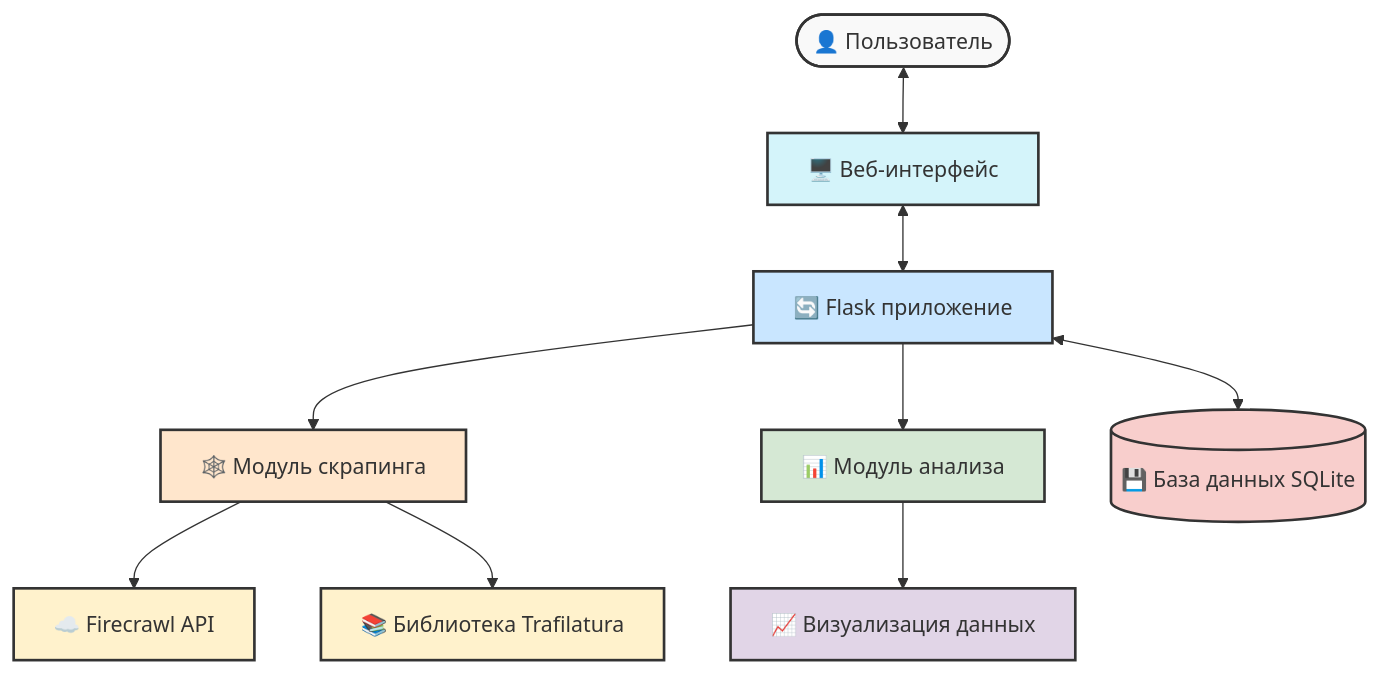
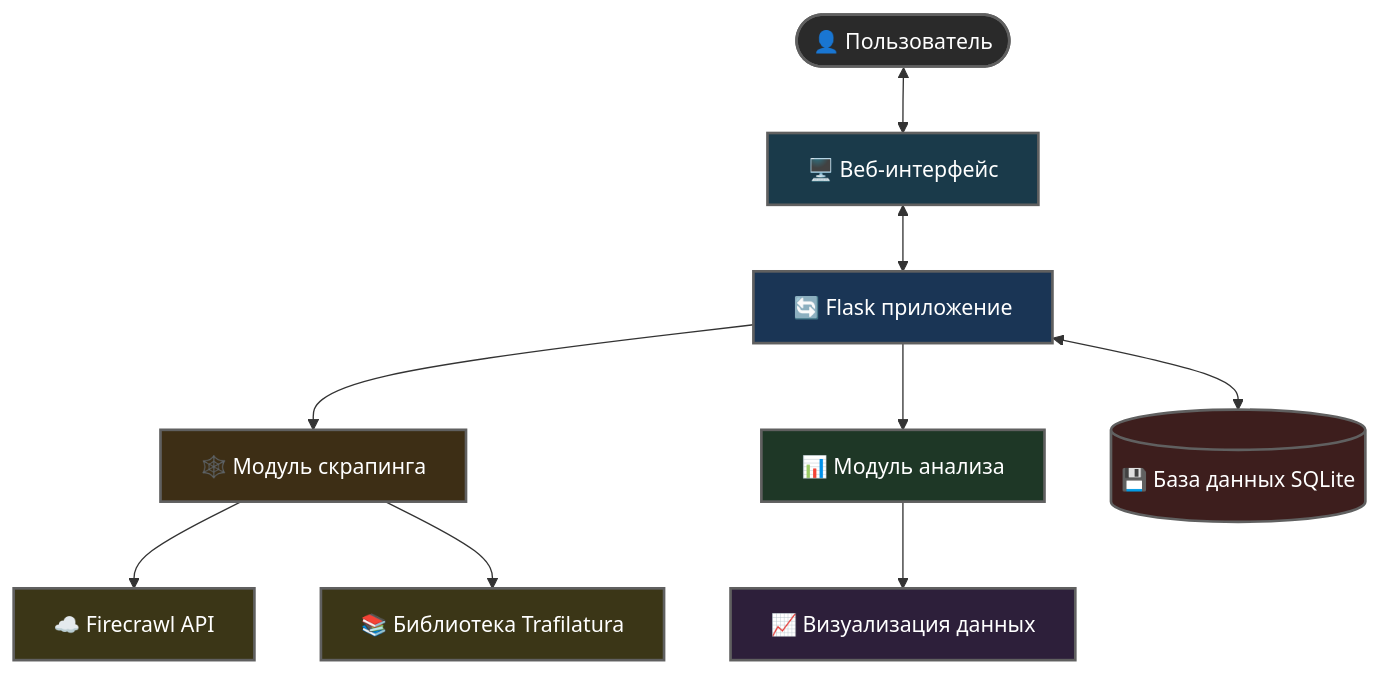
One commit to dzhechko/dz-property-pulse-avito changed the first of 2 diagrams in README.md. Above: the diagram before and after it, drawn with Mermaid. The commit also changed other lines of this file, not shown here.

````diff
--- a/README.md
+++ b/README.md
@@ -21,21 +21,21 @@
 ```mermaid
 flowchart TB
     User(["👤 Пользователь"]) <--> WebUI["🖥️ Веб-интерфейс"]
     WebUI <--> App["🔄 Flask приложение"]
     App --> Scraper["🕸️ Модуль скрапинга"]
     App --> Analyzer["📊 Модуль анализа"]
     Scraper --> FirecrawlAPI["☁️ Firecrawl API"]
     Scraper --> TrafilaturaLib["📚 Библиотека Trafilatura"]
     Analyzer --> Visualization["📈 Визуализация данных"]
     App <--> Database[("💾 База данных SQLite")]
     
-    style User fill:#f9f9f9,stroke:#333,stroke-width:2px
-    style WebUI fill:#d4f4fa,stroke:#333,stroke-width:2px
-    style App fill:#c9e6ff,stroke:#333,stroke-width:2px
-    style Scraper fill:#ffe6cc,stroke:#333,stroke-width:2px
-    style Analyzer fill:#d5e8d4,stroke:#333,stroke-width:2px
-    style FirecrawlAPI fill:#fff2cc,stroke:#333,stroke-width:2px
-    style TrafilaturaLib fill:#fff2cc,stroke:#333,stroke-width:2px
-    style Visualization fill:#e1d5e7,stroke:#333,stroke-width:2px
-    style Database fill:#f8cecc,stroke:#333,stroke-width:2px
+    style User fill:#2A2A2A,color:#FFFFFF,stroke:#606060,stroke-width:2px
+    style WebUI fill:#1A3A4A,color:#FFFFFF,stroke:#606060,stroke-width:2px
+    style App fill:#1A3555,color:#FFFFFF,stroke:#606060,stroke-width:2px
+    style Scraper fill:#3D2E15,color:#FFFFFF,stroke:#606060,stroke-width:2px
+    style Analyzer fill:#1E3726,color:#FFFFFF,stroke:#606060,stroke-width:2px
+    style FirecrawlAPI fill:#3B3617,color:#FFFFFF,stroke:#606060,stroke-width:2px
+    style TrafilaturaLib fill:#3B3617,color:#FFFFFF,stroke:#606060,stroke-width:2px
+    style Visualization fill:#2D1F3A,color:#FFFFFF,stroke:#606060,stroke-width:2px
+    style Database fill:#3D1E1D,color:#FFFFFF,stroke:#606060,stroke-width:2px
 ```
````
